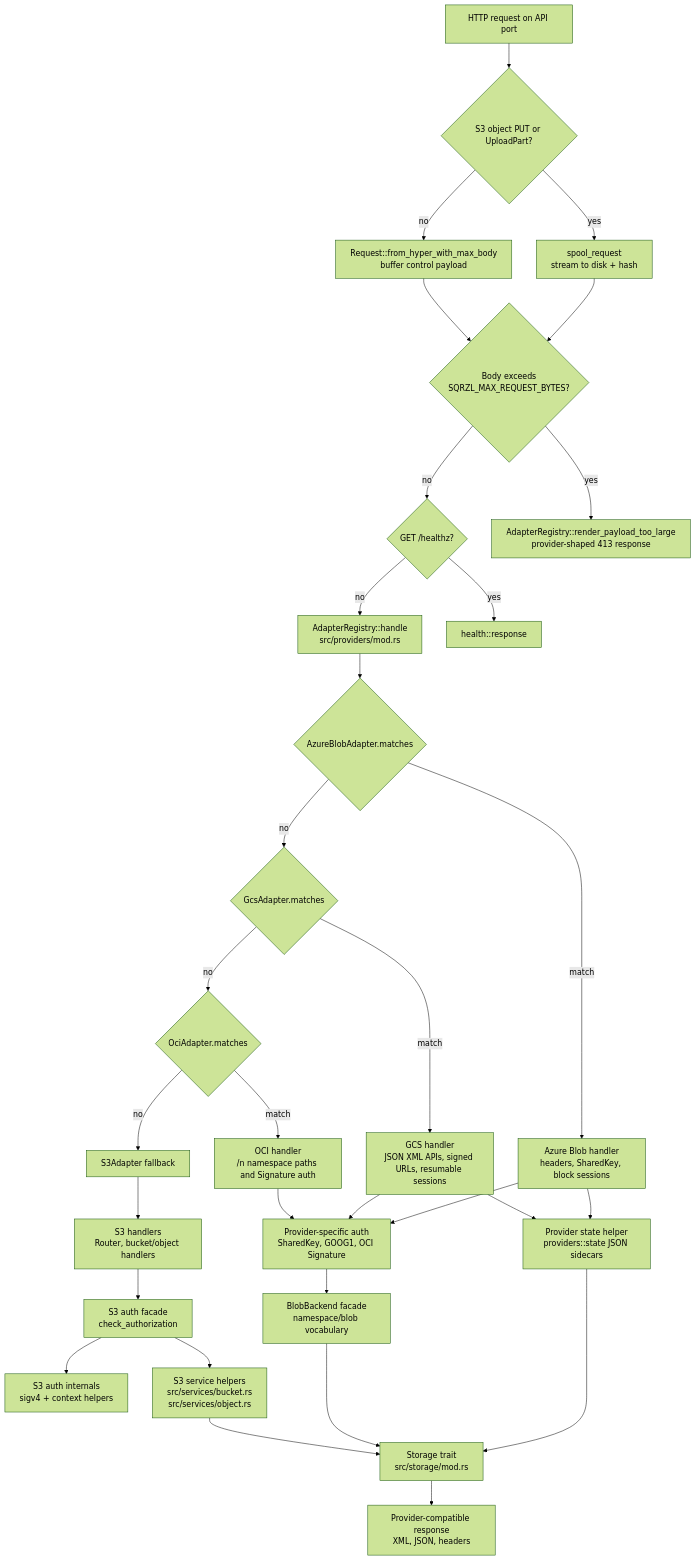
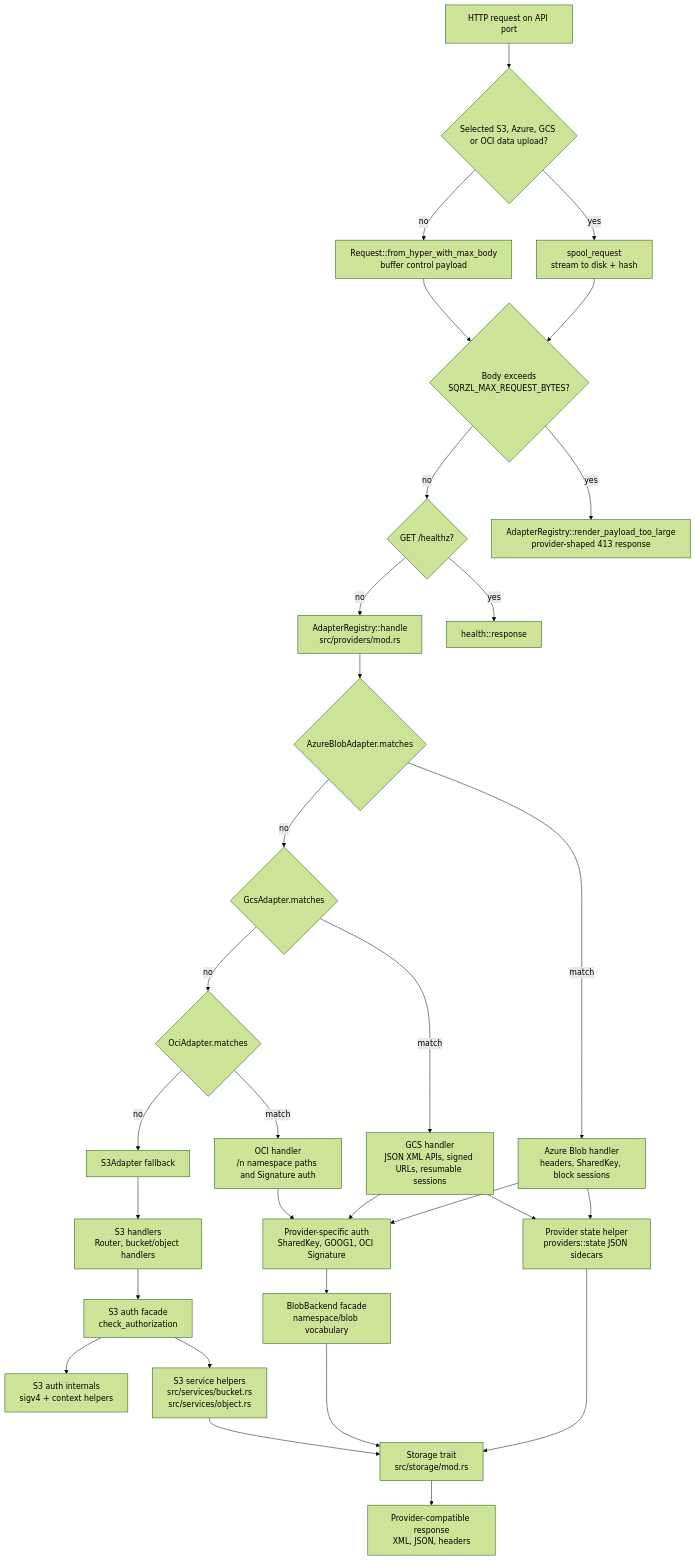
The third of 11 diagrams in docs/architecture.md (sqrzl/sqrzl-emulator), drawn with Mermaid (forest theme) before and after one commit. The commit also changed other lines of this file and 5 other files, not shown here.

````diff
--- a/docs/architecture.md
+++ b/docs/architecture.md
@@ -79,61 +79,61 @@
 ```mermaid
 flowchart TD
     Request["HTTP request on API port"]
-    Streamable{"S3 object PUT or UploadPart?"}
+    Streamable{"Selected S3, Azure, GCS or OCI data upload?"}
     Stream["spool_request<br/>stream to disk + hash"]
     Parse["Request::from_hyper_with_max_body<br/>buffer control payload"]
     BodyLimit{"Body exceeds<br/>SQRZL_MAX_REQUEST_BYTES?"}
     Health{"GET /healthz?"}
     Registry["AdapterRegistry::handle<br/>src/providers/mod.rs"]
     Azure{"AzureBlobAdapter.matches"}
     GCS{"GcsAdapter.matches"}
     OCI{"OciAdapter.matches"}
     S3["S3Adapter fallback"]
 
     AzureHandle["Azure Blob handler<br/>headers, SharedKey, block sessions"]
     GcsHandle["GCS handler<br/>JSON XML APIs, signed URLs, resumable sessions"]
     OciHandle["OCI handler<br/>/n namespace paths and Signature auth"]
     S3Handle["S3 handlers<br/>Router, bucket/object handlers"]
 
     ProviderAuth["Provider-specific auth<br/>SharedKey, GOOG1, OCI Signature"]
     S3Auth["S3 auth facade<br/>check_authorization"]
     S3SigV4["S3 auth internals<br/>sigv4 + context helpers"]
     ProviderStateHelper["Provider state helper<br/>providers::state JSON sidecars"]
     BlobBackend["BlobBackend facade<br/>namespace/blob vocabulary"]
     Services["S3 service helpers<br/>src/services/bucket.rs<br/>src/services/object.rs"]
     Storage["Storage trait<br/>src/storage/mod.rs"]
     Response["Provider-compatible response<br/>XML, JSON, headers"]
     TooLarge["AdapterRegistry::render_payload_too_large<br/>provider-shaped 413 response"]
     HealthResponse["health::response"]
 
     Request --> Streamable
     Streamable -- yes --> Stream
     Streamable -- no --> Parse
     Stream --> BodyLimit
     Parse --> BodyLimit
     BodyLimit -- yes --> TooLarge
     BodyLimit -- no --> Health
     Health -- yes --> HealthResponse
     Health -- no --> Registry
     Registry --> Azure
     Azure -- match --> AzureHandle
     Azure -- no --> GCS
     GCS -- match --> GcsHandle
     GCS -- no --> OCI
     OCI -- match --> OciHandle
     OCI -- no --> S3
     S3 --> S3Handle
 
     AzureHandle --> ProviderAuth
     GcsHandle --> ProviderAuth
     OciHandle --> ProviderAuth
     AzureHandle --> ProviderStateHelper
     GcsHandle --> ProviderStateHelper
     S3Handle --> S3Auth --> S3SigV4
     ProviderAuth --> BlobBackend
     S3Auth --> Services
     ProviderStateHelper --> Storage
     BlobBackend --> Storage
     Services --> Storage
     Storage --> Response
 ```
````
